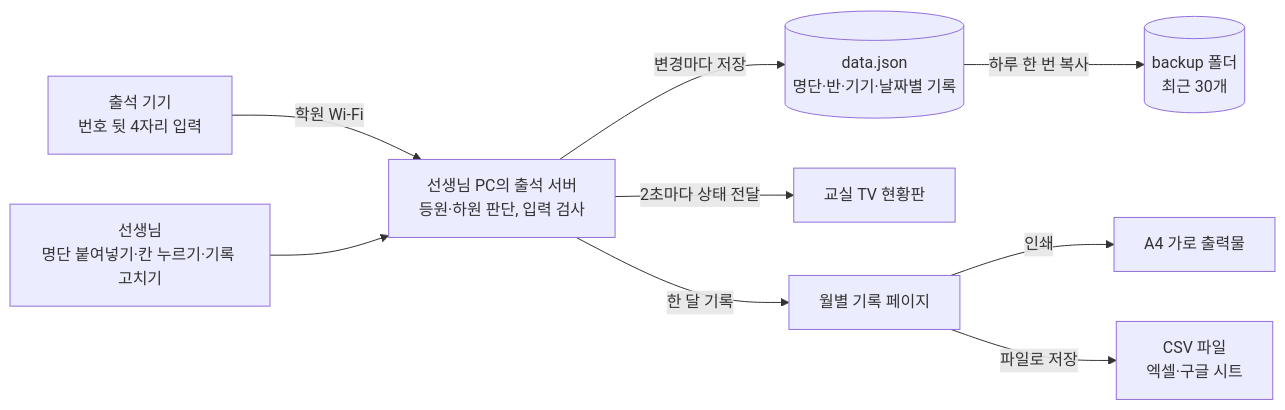
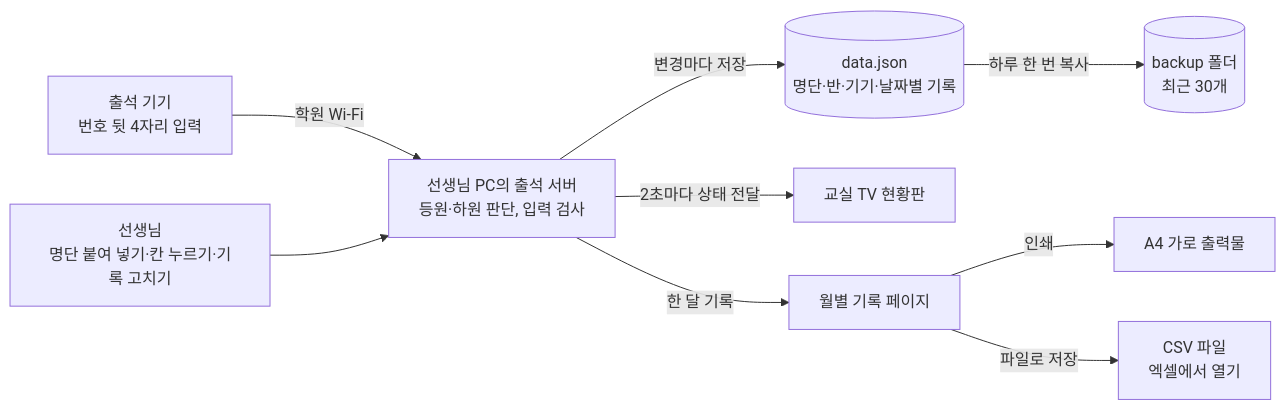
The diagram in README.md (Bluecode77732/Attendance-Table), drawn with Mermaid before and after one commit. The commit also changed other lines of this file, not shown here.

````diff
--- a/README.md
+++ b/README.md
@@ -33,11 +33,11 @@
 ```mermaid
 flowchart LR
     K["출석 기기<br/>번호 뒷 4자리 입력"] -->|"학원 Wi-Fi"| S
-    T["선생님<br/>명단 붙여넣기·칸 누르기·기록 고치기"] --> S
+    T["선생님<br/>명단 붙여 넣기·칸 누르기·기록 고치기"] --> S
     S["선생님 PC의 출석 서버<br/>등원·하원 판단, 입력 검사"] -->|"변경마다 저장"| D[("data.json<br/>명단·반·기기·날짜별 기록")]
     D -->|"하루 한 번 복사"| B[("backup 폴더<br/>최근 30개")]
     S -->|"2초마다 상태 전달"| TV["교실 TV 현황판"]
     S -->|"한 달 기록"| R["월별 기록 페이지"]
     R -->|"인쇄"| P["A4 가로 출력물"]
-    R -->|"파일로 저장"| C["CSV 파일<br/>엑셀·구글 시트"]
+    R -->|"파일로 저장"| C["CSV 파일<br/>엑셀에서 열기"]
 ```
````
